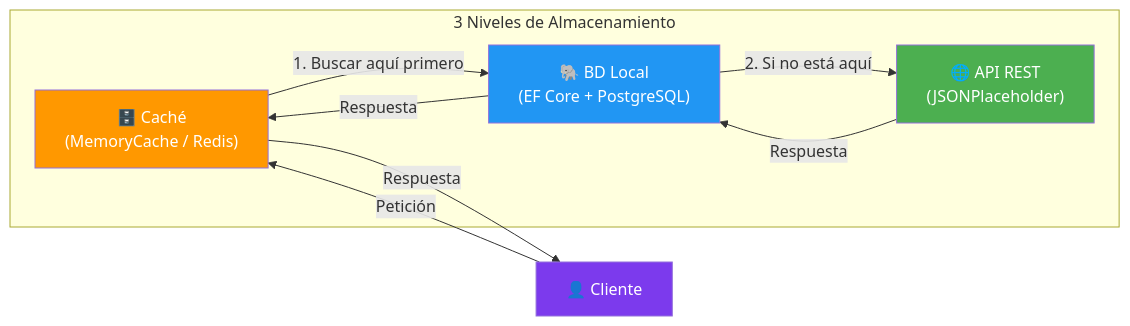
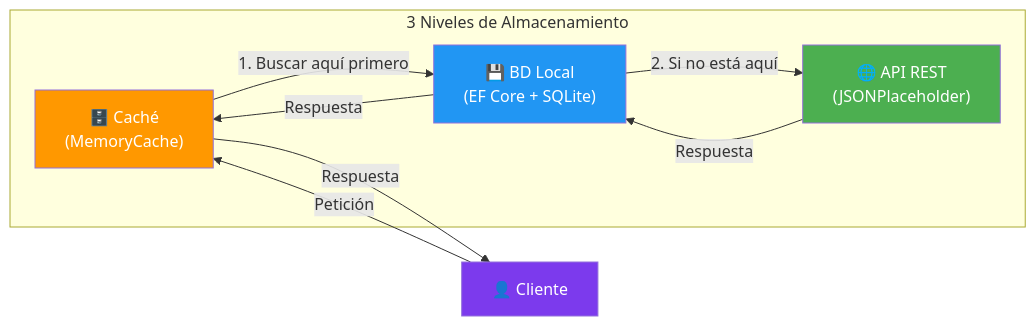
Before and after one commit to joseluisgs/DesarrolloWebEntornosServidor-01-2026-2027: the first of 5 diagrams in practicas/06-repositorio_remoto.md, drawn with Mermaid. The commit also changed other lines of this file and 1 other file, not shown here.

Commit message:
fix: actualizar prácticas 05 y 06 - quitar soluciones, URL datos abiertos, SQLite+MemoryCache

````diff
--- a/practicas/06-repositorio_remoto.md
+++ b/practicas/06-repositorio_remoto.md
@@ -48,17 +48,17 @@
 ```mermaid
 graph LR
     subgraph NIVELES["3 Niveles de Almacenamiento"]
-        A["🗄️ Caché<br/>(MemoryCache / Redis)"] -->|1. Buscar aquí primero| B["🐘 BD Local<br/>(EF Core + PostgreSQL)"]
+        A["🗄️ Caché<br/>(MemoryCache)"] -->|1. Buscar aquí primero| B["💾 BD Local<br/>(EF Core + SQLite)"]
         B -->|2. Si no está aquí| C["🌐 API REST<br/>(JSONPlaceholder)"]
     end
 
     D["👤 Cliente"] -->|Petición| A
     C -->|Respuesta| B
     B -->|Respuesta| A
     A -->|Respuesta| D
 
     style A fill:#FF9800,color:#fff
     style B fill:#2196F3,color:#fff
     style C fill:#4CAF50,color:#fff
     style D fill:#7c3aed,color:#fff
 ```
````
